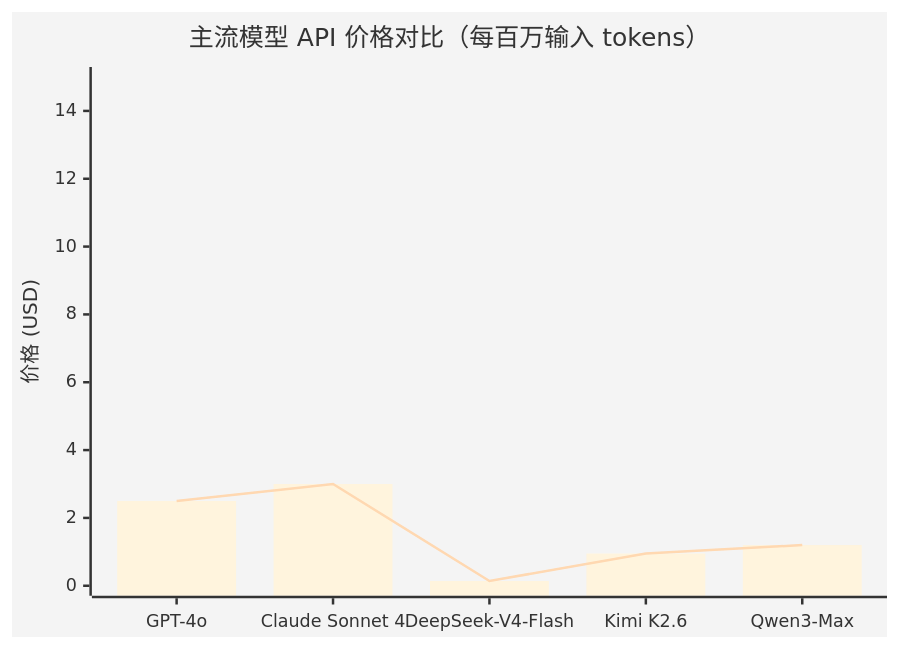
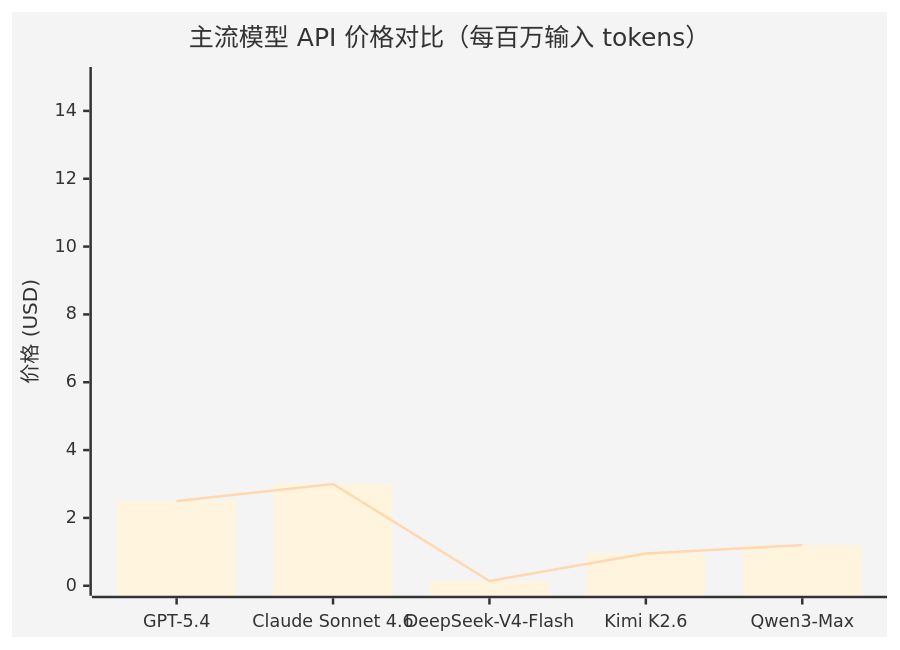
One commit to tonydeng/harness-engineering-from-oc-to-ai-coding changed the second of 2 diagrams in src/03-setup/chinese-providers.md. Above: the diagram before and after it, drawn with Mermaid. The commit also changed other lines of this file and 107 other files, not shown here.

````diff
--- a/src/03-setup/chinese-providers.md
+++ b/src/03-setup/chinese-providers.md
@@ -566,9 +566,9 @@
 ```mermaid
 %%{init: {'theme':'base', 'themeVariables': {'primaryColor':'#4A90D9', 'secondaryColor':'#50C878', 'tertiaryColor':'#FF9F43'}}}%%
 xychart-beta
     title "主流模型 API 价格对比（每百万输入 tokens）"
-    x-axis ["GPT-4o", "Claude Sonnet 4", "DeepSeek-V4-Flash", "Kimi K2.6", "Qwen3-Max"]
+    x-axis ["GPT-5.4", "Claude Sonnet 4.6", "DeepSeek-V4-Flash", "Kimi K2.6", "Qwen3-Max"]
     y-axis "价格 (USD)" 0 --> 15
     bar [2.50, 3.00, 0.14, 0.95, 1.20]
     line [2.50, 3.00, 0.14, 0.95, 1.20]
 ```
````
